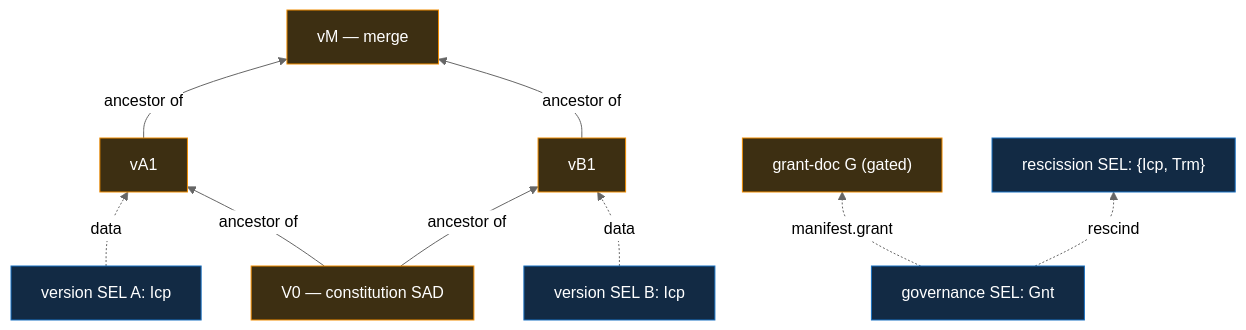
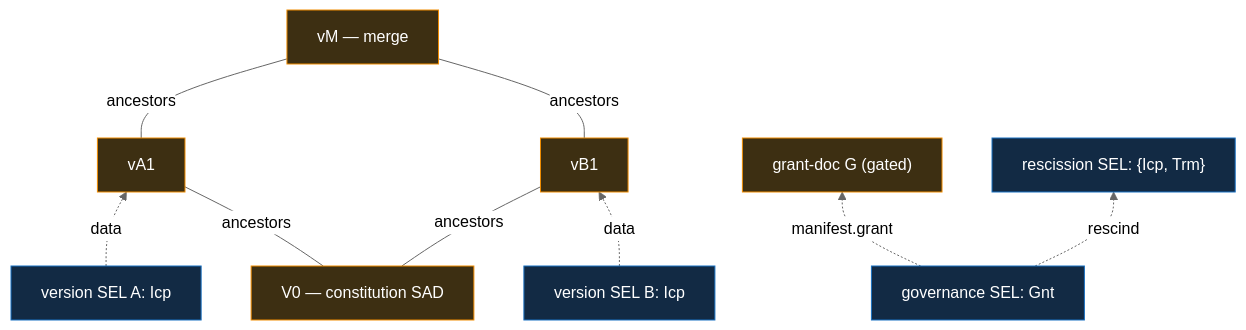
Before and after one commit to jasoncolburne/vdti: the diagram in docs/design/features/shared-documents/documents.md, drawn with Mermaid (neutral theme). The commit also changed other lines of this file and 53 other files, not shown here.

````diff
--- a/docs/design/features/shared-documents/documents.md
+++ b/docs/design/features/shared-documents/documents.md
@@ -25,22 +25,22 @@
 ```mermaid
 flowchart BT
   vM["vM — merge"]:::doc
   V0["V0 — constitution SAD"]:::doc
   vA1["vA1"]:::doc
   vB1["vB1"]:::doc
   vA["version SEL A: Icp"]:::sel
   vB["version SEL B: Icp"]:::sel
   gGnt["governance SEL: Gnt"]:::sel
   G["grant-doc G (gated)"]:::doc
   Resc["rescission SEL: {Icp, Trm}"]:::sel
+  vA -.->|data| vA1
+  vB -.->|data| vB1
+  vA1 ---|ancestors| vM
+  V0 ---|ancestors| vA1
+  vB1 ---|ancestors| vM
+  V0 ---|ancestors| vB1
   gGnt -.->|manifest.grant| G
   gGnt -. rescind .-> Resc
-  vA -.->|data| vA1
-  vB -.->|data| vB1
-  V0 -->|ancestor of| vA1
-  V0 -->|ancestor of| vB1
-  vA1 -->|ancestor of| vM
-  vB1 -->|ancestor of| vM
   classDef sel fill:#122a44,stroke:#1971c2,color:#fff
   classDef doc fill:#3d2f12,stroke:#f08c00,color:#fff
 ```
````
